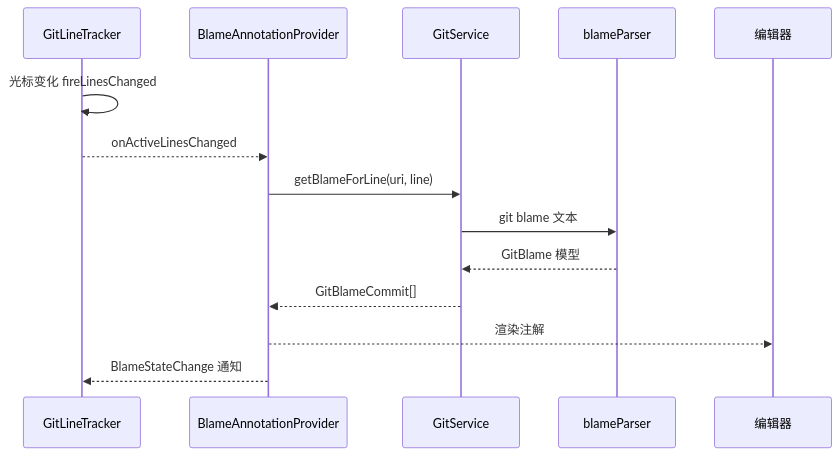
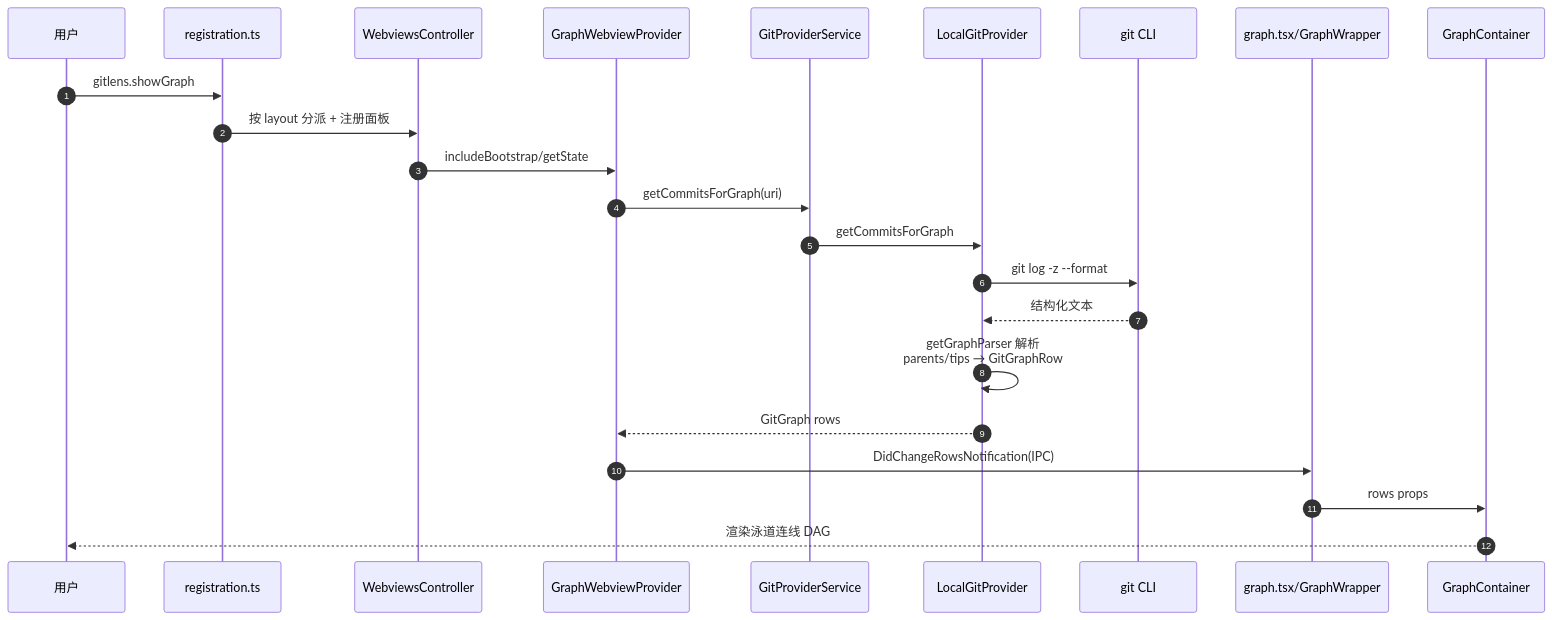
One commit to PirsLee/documents changed the ninth of 10 diagrams in domain/software_analysis/vscode_gitlens.analysis.md. Above: the diagram before and after it, drawn with Mermaid. The commit also changed other lines of this file, not shown here.

````diff
--- a/domain/software_analysis/vscode_gitlens.analysis.md
+++ b/domain/software_analysis/vscode_gitlens.analysis.md
@@ -411,16 +502,25 @@
 ```mermaid
 sequenceDiagram
-    participant TRK as GitLineTracker
-    participant ANNO as BlameAnnotationProvider
-    participant SVC as GitService
-    participant P as blameParser
-    participant UI as 编辑器
-    TRK->>TRK: 光标变化 fireLinesChanged
-    TRK-->>ANNO: onActiveLinesChanged
-    ANNO->>SVC: getBlameForLine(uri, line)
-    SVC->>P: git blame 文本
-    P-->>SVC: GitBlame 模型
-    SVC-->>ANNO: GitBlameCommit[]
-    ANNO-->>UI: 渲染注解
-    ANNO-->>TRK: BlameStateChange 通知
+    autonumber
+    participant U as 用户
+    participant R as registration.ts
+    participant W as WebviewsController
+    participant P as GraphWebviewProvider
+    participant S as GitProviderService
+    participant L as LocalGitProvider
+    participant G as git CLI
+    participant F as graph.tsx/GraphWrapper
+    participant GC as GraphContainer
+    U->>R: gitlens.showGraph
+    R->>W: 按 layout 分派 + 注册面板
+    W->>P: includeBootstrap/getState
+    P->>S: getCommitsForGraph(uri)
+    S->>L: getCommitsForGraph
+    L->>G: git log -z --format
+    G-->>L: 结构化文本
+    L->>L: getGraphParser 解析<br/>parents/tips → GitGraphRow
+    L-->>P: GitGraph rows
+    P->>F: DidChangeRowsNotification(IPC)
+    F->>GC: rows props
+    GC-->>U: 渲染泳道连线 DAG
 ```
````
